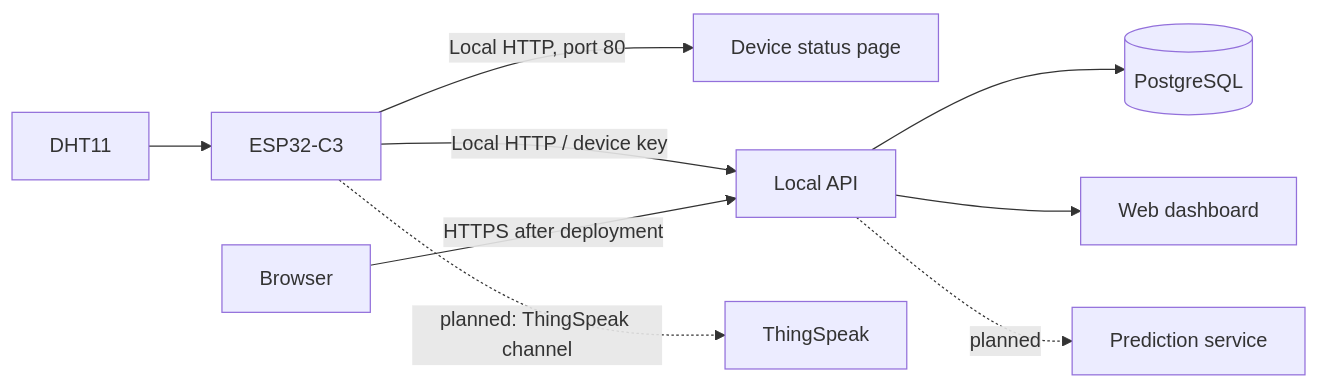
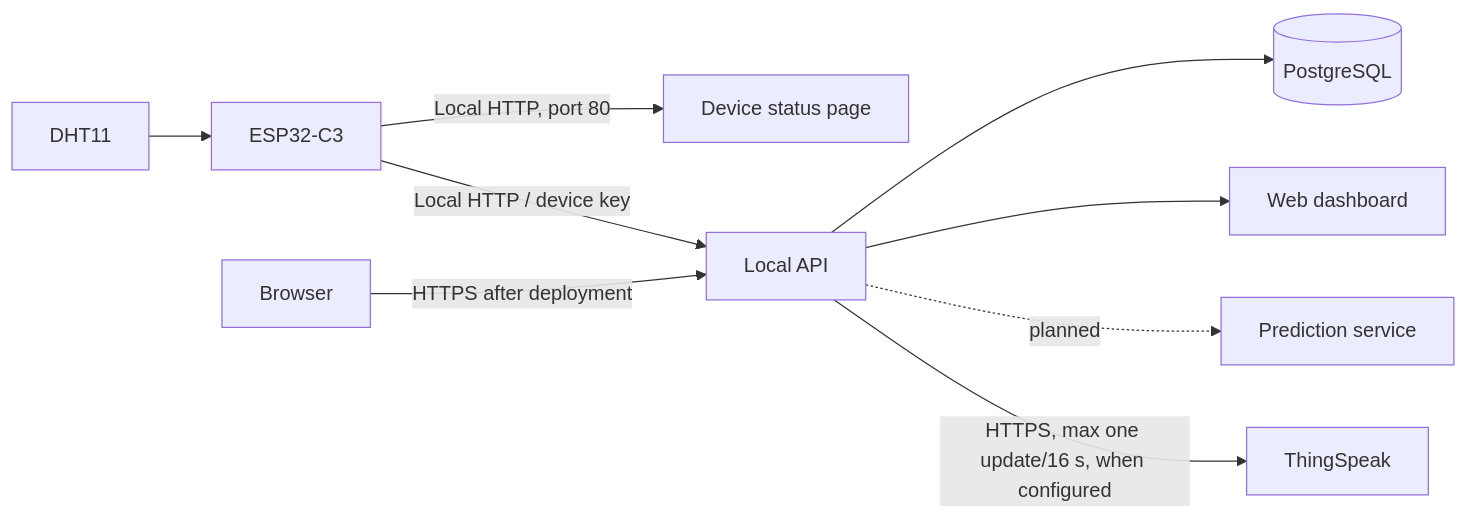
Before and after one commit to JoelsonJose/Monitoramento-de-Temperatura-e-Umidade: the diagram in docs/architecture.md, drawn with Mermaid. The commit also changed other lines of this file and 14 other files, not shown here.

Commit message:
Document preview evidence and ThingSpeak integration

````diff
--- a/docs/architecture.md
+++ b/docs/architecture.md
@@ -3,11 +3,11 @@
 ```mermaid
 flowchart LR
   DHT11 --> ESP[ESP32-C3]
   ESP -->|Local HTTP, port 80| WEB[Device status page]
   ESP -->|Local HTTP / device key| API[Local API]
   API --> DB[(PostgreSQL)]
   Browser -->|HTTPS after deployment| API
   API --> DASH[Web dashboard]
   API -. planned .-> ML[Prediction service]
-  ESP -. planned: ThingSpeak channel .-> TS[ThingSpeak]
+  API -->|HTTPS, max one update/16 s, when configured| TS[ThingSpeak]
 ```
````
